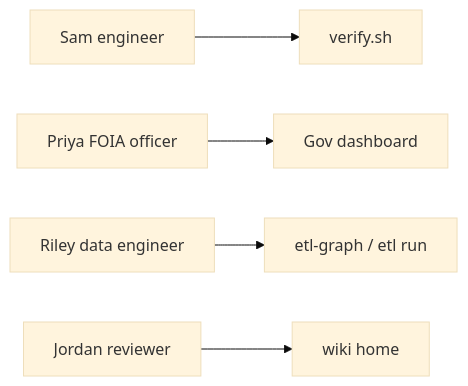
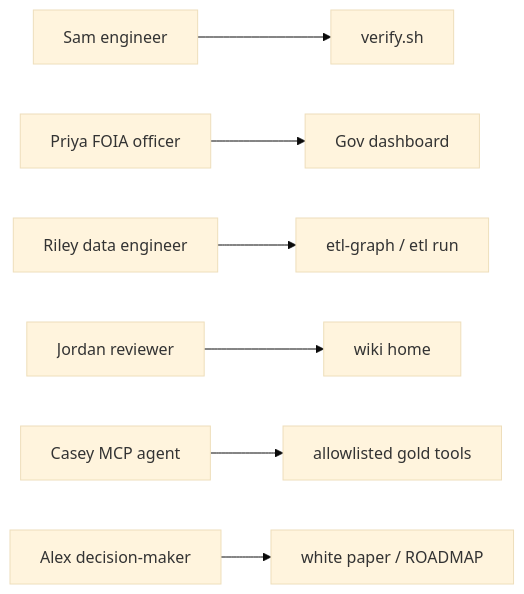
One commit to khaosans/operator-etl changed the diagram in docs/PERSONAS.md. Above: the diagram before and after it, drawn with Mermaid (base theme). The commit also changed other lines of this file and 11 other files, not shown here.

````diff
--- a/docs/PERSONAS.md
+++ b/docs/PERSONAS.md
@@ -14,7 +39,9 @@
 ```mermaid
 flowchart LR
   Sam[Sam engineer] --> Verify[verify.sh]
   Priya[Priya FOIA officer] --> GovTab[Gov dashboard]
   Riley[Riley data engineer] --> CLI[etl-graph / etl run]
   Jordan[Jordan reviewer] --> Wiki[wiki home]
+  Casey[Casey MCP agent] --> MCP[allowlisted gold tools]
+  Alex[Alex decision-maker] --> Share[white paper / ROADMAP]
 ```
````
